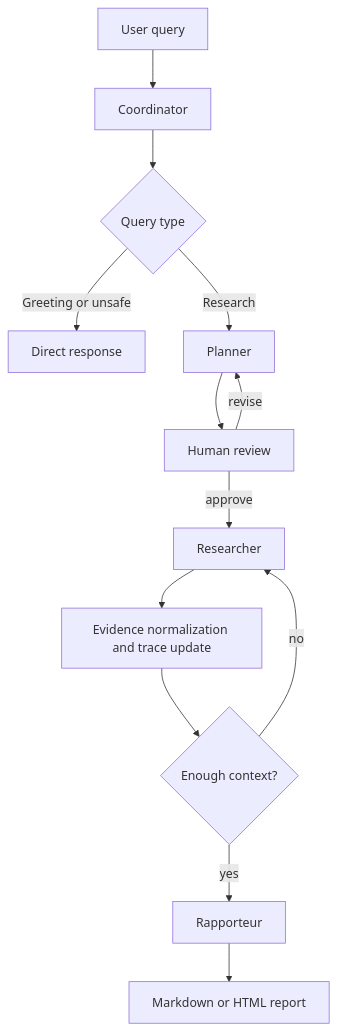
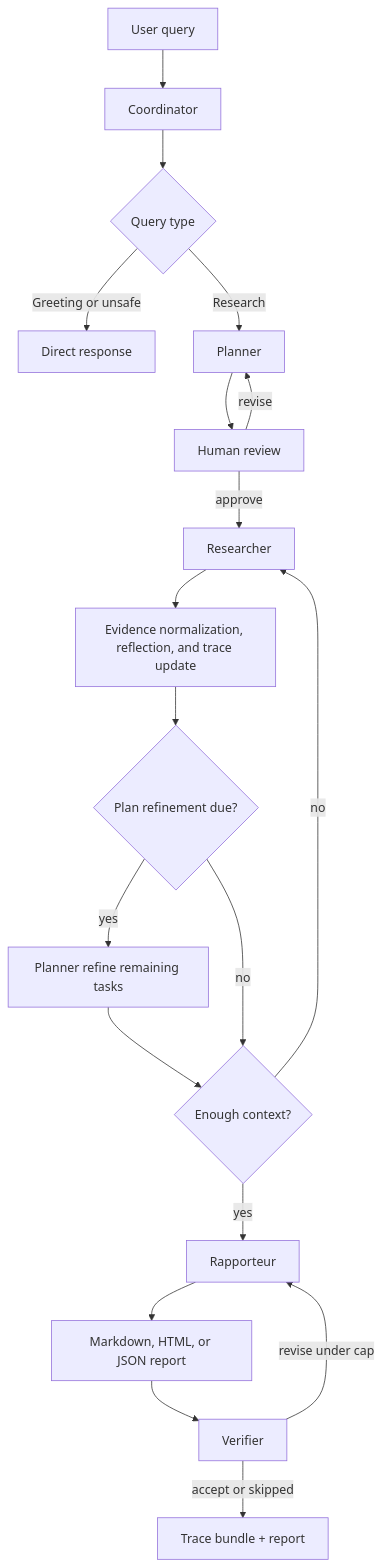
Before and after one commit to hwfengcs/SDYJ_Multi_Agents: the diagram in docs/architecture.md, drawn with Mermaid. The commit also changed other lines of this file and 8 other files, not shown here.

````diff
--- a/docs/architecture.md
+++ b/docs/architecture.md
@@ -10,15 +10,21 @@
 ```mermaid
 flowchart TD
     A[User query] --> B[Coordinator]
     B --> C{Query type}
     C -->|Greeting or unsafe| Z[Direct response]
     C -->|Research| D[Planner]
     D --> E[Human review]
     E -->|revise| D
     E -->|approve| F[Researcher]
-    F --> G[Evidence normalization and trace update]
-    G --> J{Enough context?}
+    F --> G[Evidence normalization, reflection, and trace update]
+    G --> R{Plan refinement due?}
+    R -->|yes| D2[Planner refine remaining tasks]
+    D2 --> J{Enough context?}
+    R -->|no| J
     J -->|no| F
     J -->|yes| H[Rapporteur]
-    H --> I[Markdown or HTML report]
+    H --> I[Markdown, HTML, or JSON report]
+    I --> V[Verifier]
+    V -->|revise under cap| H
+    V -->|accept or skipped| K[Trace bundle + report]
 ```
````
